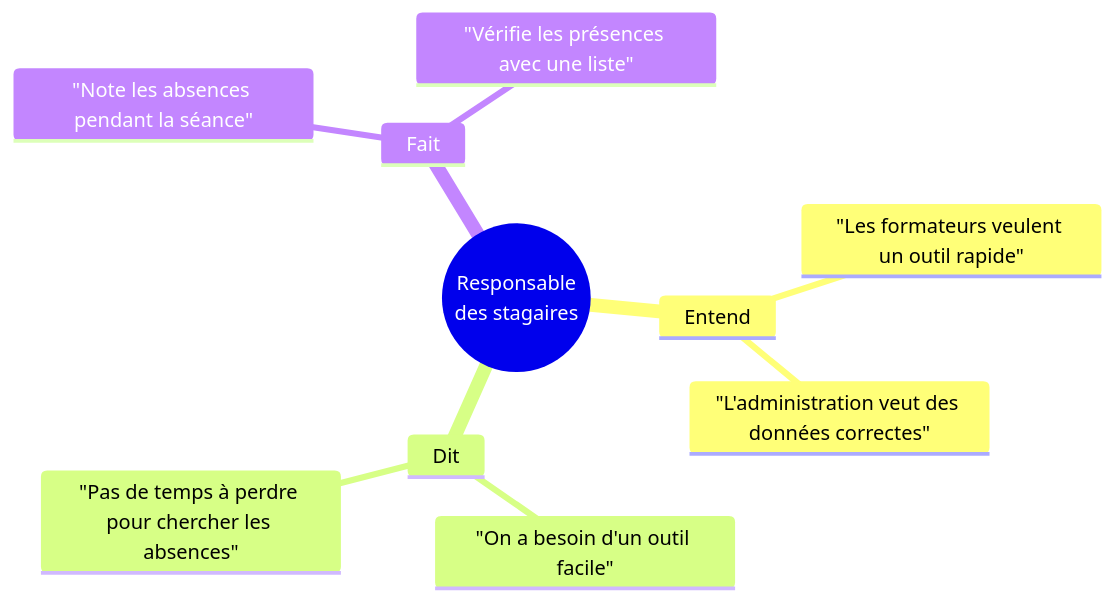
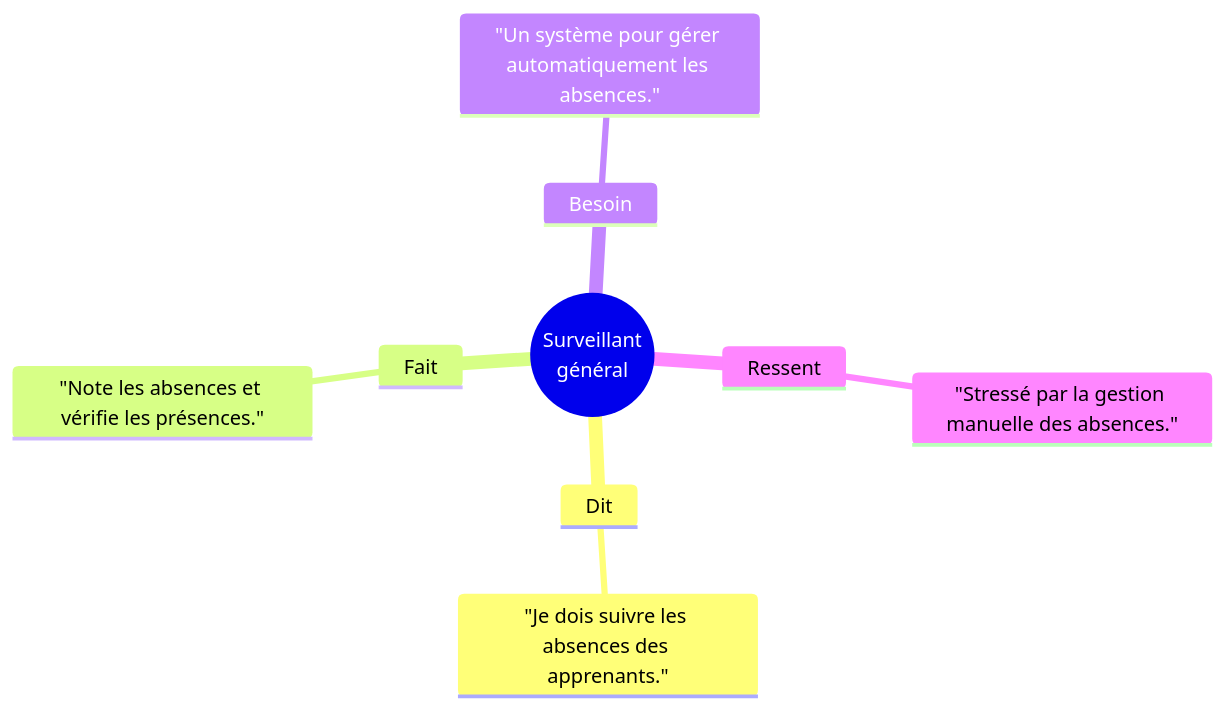
One commit to DevZakariaAz/Projet_fil_rouge_v1 changed the diagram in Branche_fonctionnelle/desing_thinking/empathie_RH.mermaid. Above: the diagram before and after it, drawn with Mermaid. The commit also changed 28 other files, not shown here.

```diff
--- a/Branche_fonctionnelle/desing_thinking/empathie_RH.mermaid
+++ b/Branche_fonctionnelle/desing_thinking/empathie_RH.mermaid
@@ -1,13 +1,11 @@
 mindmap
-  root((Responsable 
-  des stagaires))
-    Entend
-      "Les formateurs veulent un outil rapide"
-      "L'administration veut des données correctes"
+  root((Surveillant 
+  général))
     Dit
-      "On a besoin d'un outil facile"
-      "Pas de temps à perdre pour chercher les absences"
-    
+      "Je dois suivre les absences des apprenants."
     Fait
-      "Note les absences pendant la séance"
-      "Vérifie les présences avec une liste"
+      "Note les absences et vérifie les présences."
+    Besoin
+      "Un système pour gérer automatiquement les absences."
+    Ressent
+      "Stressé par la gestion manuelle des absences."
```
